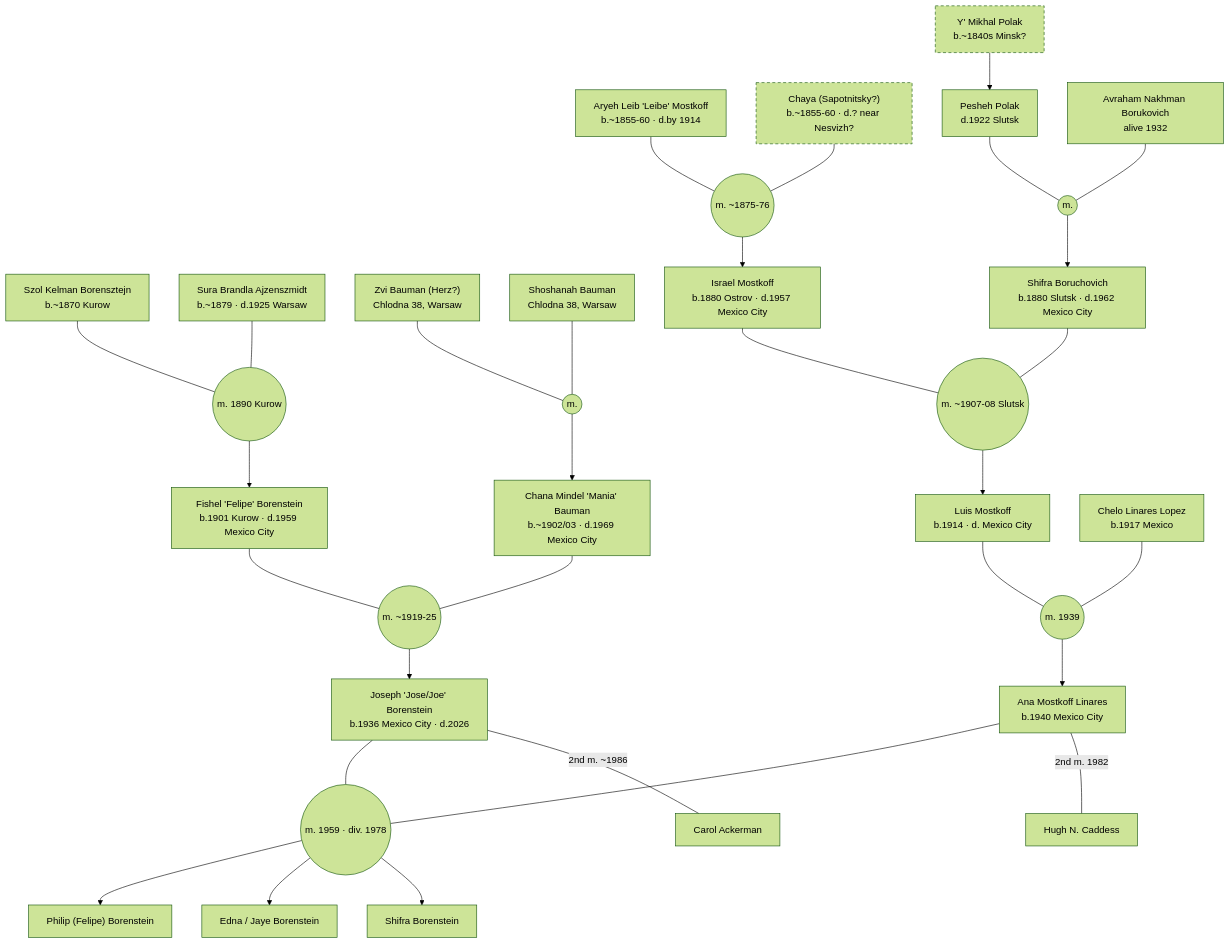
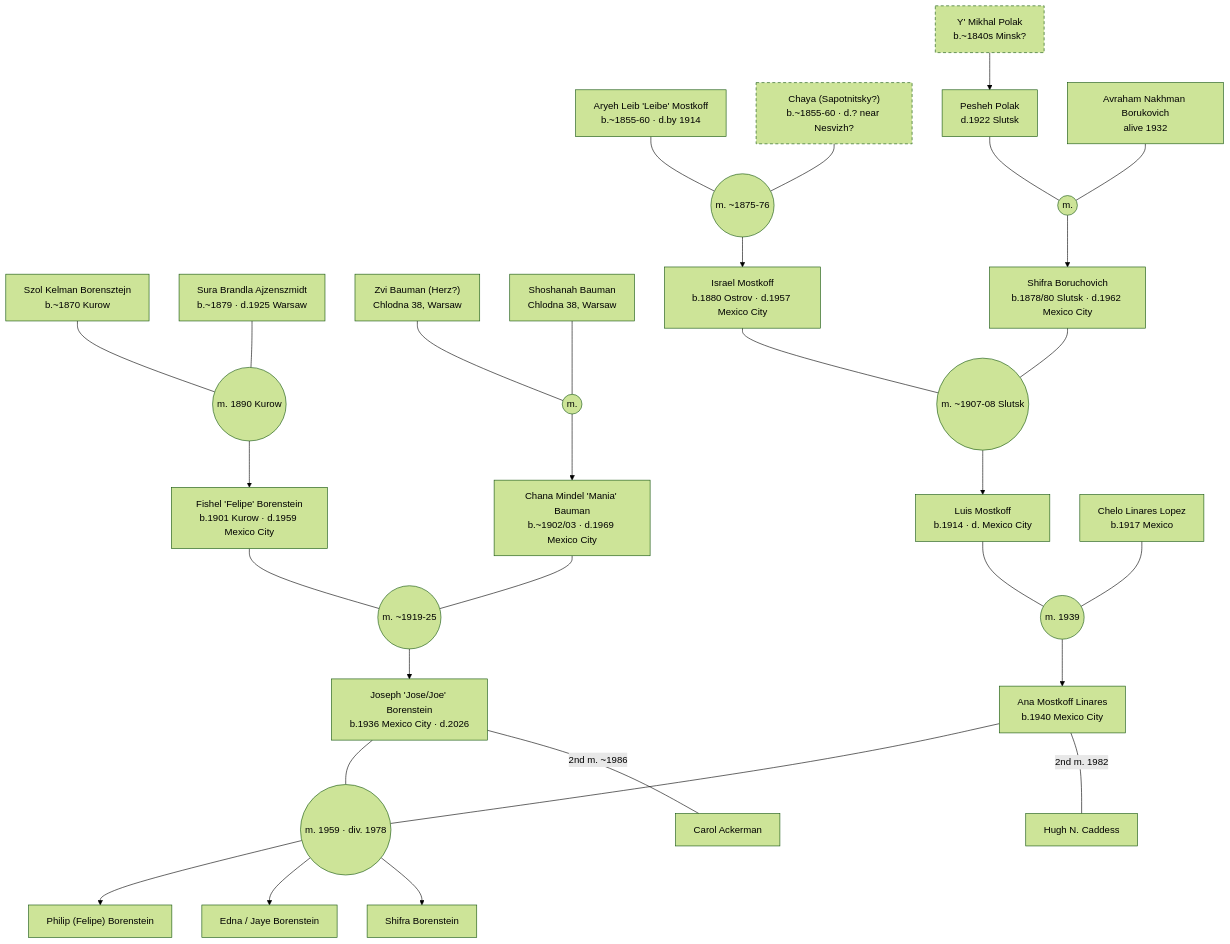
Before and after one commit to pborenstein/geneaology: the first of 5 diagrams in data/family-tree.md, drawn with Mermaid (forest theme). The commit also changed other lines of this file and 19 other files, not shown here.

````diff
--- a/data/family-tree.md
+++ b/data/family-tree.md
@@ -15,42 +15,42 @@
 ```mermaid
 graph TD
     A01["Szol Kelman Borensztejn<br/>b.~1870 Kurow"] --- MA0102(("m. 1890 Kurow"))
     A02["Sura Brandla Ajzenszmidt<br/>b.~1879 · d.1925 Warsaw"] --- MA0102
     MA0102 --> A05["Fishel 'Felipe' Borenstein<br/>b.1901 Kurow · d.1959 Mexico City"]
 
     A30["Zvi Bauman (Herz?)<br/>Chlodna 38, Warsaw"] --- MA3031(("m."))
     A31["Shoshanah Bauman<br/>Chlodna 38, Warsaw"] --- MA3031
     MA3031 --> A06["Chana Mindel 'Mania' Bauman<br/>b.~1902/03 · d.1969 Mexico City"]
 
     A05 --- MA0506(("m. ~1919-25"))
     A06 --- MA0506
     MA0506 --> A18["Joseph 'Jose/Joe' Borenstein<br/>b.1936 Mexico City · d.2026"]
 
     B01["Aryeh Leib 'Leibe' Mostkoff<br/>b.~1855-60 · d.by 1914"] --- MB0102(("m. ~1875-76"))
     B02["Chaya (Sapotnitsky?)<br/>b.~1855-60 · d.? near Nesvizh?"] --- MB0102
     MB0102 --> B04["Israel Mostkoff<br/>b.1880 Ostrov · d.1957 Mexico City"]
 
     C01["Y' Mikhal Polak<br/>b.~1840s Minsk?"] --> C02["Pesheh Polak<br/>d.1922 Slutsk"]
     C02 --- MC0203(("m."))
     C03["Avraham Nakhman Borukovich<br/>alive 1932"] --- MC0203
-    MC0203 --> C06["Shifra Boruchovich<br/>b.1880 Slutsk · d.1962 Mexico City"]
+    MC0203 --> C06["Shifra Boruchovich<br/>b.1878/80 Slutsk · d.1962 Mexico City"]
 
     B04 --- MB0406(("m. ~1907-08 Slutsk"))
     C06 --- MB0406
     MB0406 --> B12["Luis Mostkoff<br/>b.1914 · d. Mexico City"]
 
     B12 --- MB1215(("m. 1939"))
     B15["Chelo Linares Lopez<br/>b.1917 Mexico"] --- MB1215
     MB1215 --> B17["Ana Mostkoff Linares<br/>b.1940 Mexico City"]
 
     A18 --- MA1817(("m. 1959 · div. 1978"))
     B17 --- MA1817
     MA1817 --> PHILIP["Philip (Felipe) Borenstein"]
     MA1817 --> EDNA["Edna / Jaye Borenstein"]
     MA1817 --> SHIFRA["Shifra Borenstein"]
     B17 ---|"2nd m. 1982"| CADDESS["Hugh N. Caddess"]
     A18 ---|"2nd m. ~1986"| ACKERMAN["Carol Ackerman"]
 
     style B02 stroke-dasharray:5 4
     style C01 stroke-dasharray:5 4
 ```
````
